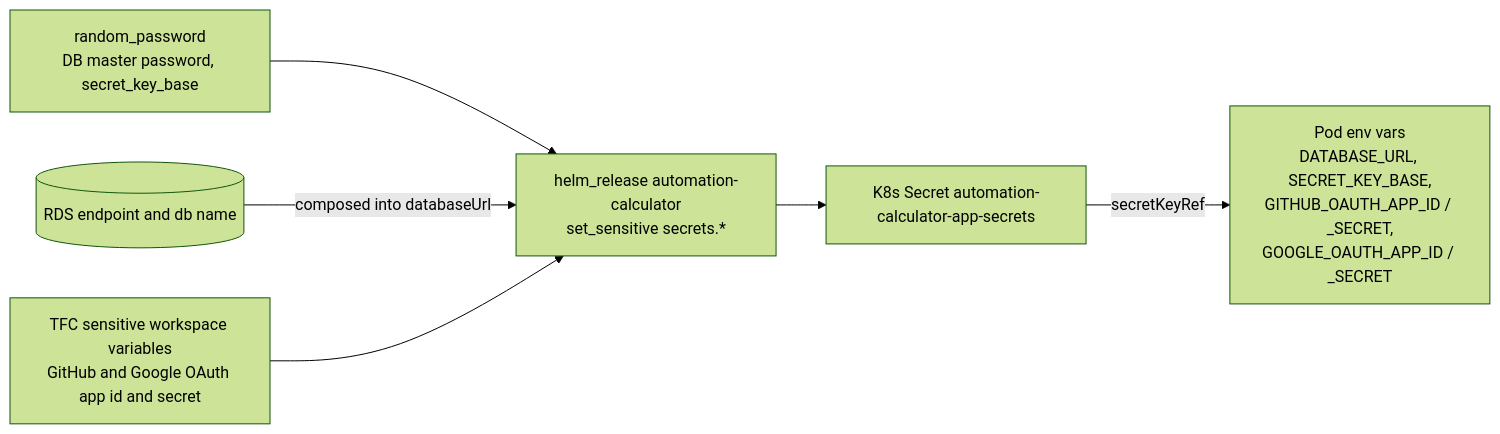
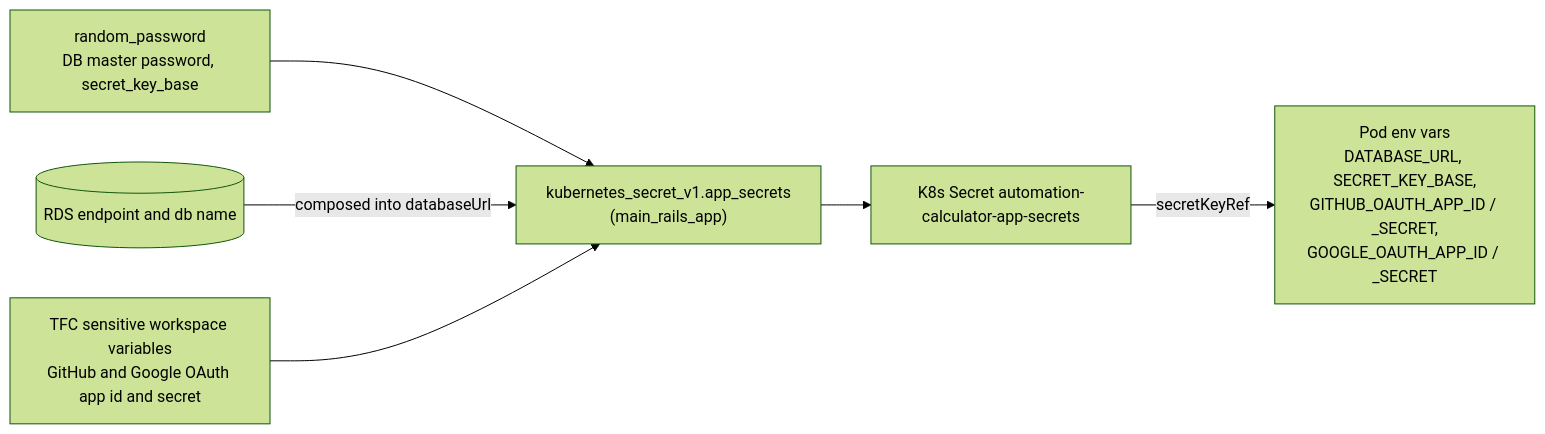
The fifth of 5 diagrams in docs/architecture/aws-resources.md (team-automation-calculator/core-iac), drawn with Mermaid (forest theme) before and after one commit. The commit also changed other lines of this file and 3 other files, not shown here.

First line of the commit message:
Docs: fix architecture and staging-destroy drift left by Phase 9 and the Cluster policy

````diff
--- a/docs/architecture/aws-resources.md
+++ b/docs/architecture/aws-resources.md
@@ -151,14 +151,14 @@
 ```mermaid
 flowchart LR
     rp["random_password<br/>DB master password, secret_key_base"]
     tfv["TFC sensitive workspace variables<br/>GitHub and Google OAuth app id and secret"]
     rdsr[("RDS endpoint and db name")]
-    hr["helm_release automation-calculator<br/>set_sensitive secrets.*"]
+    hr["kubernetes_secret_v1.app_secrets<br/>(main_rails_app)"]
     ks["K8s Secret automation-calculator-app-secrets"]
     env["Pod env vars<br/>DATABASE_URL, SECRET_KEY_BASE,<br/>GITHUB_OAUTH_APP_ID / _SECRET,<br/>GOOGLE_OAUTH_APP_ID / _SECRET"]
 
     rp --> hr
     rdsr -->|composed into databaseUrl| hr
     tfv --> hr
     hr --> ks -->|secretKeyRef| env
 ```
````
